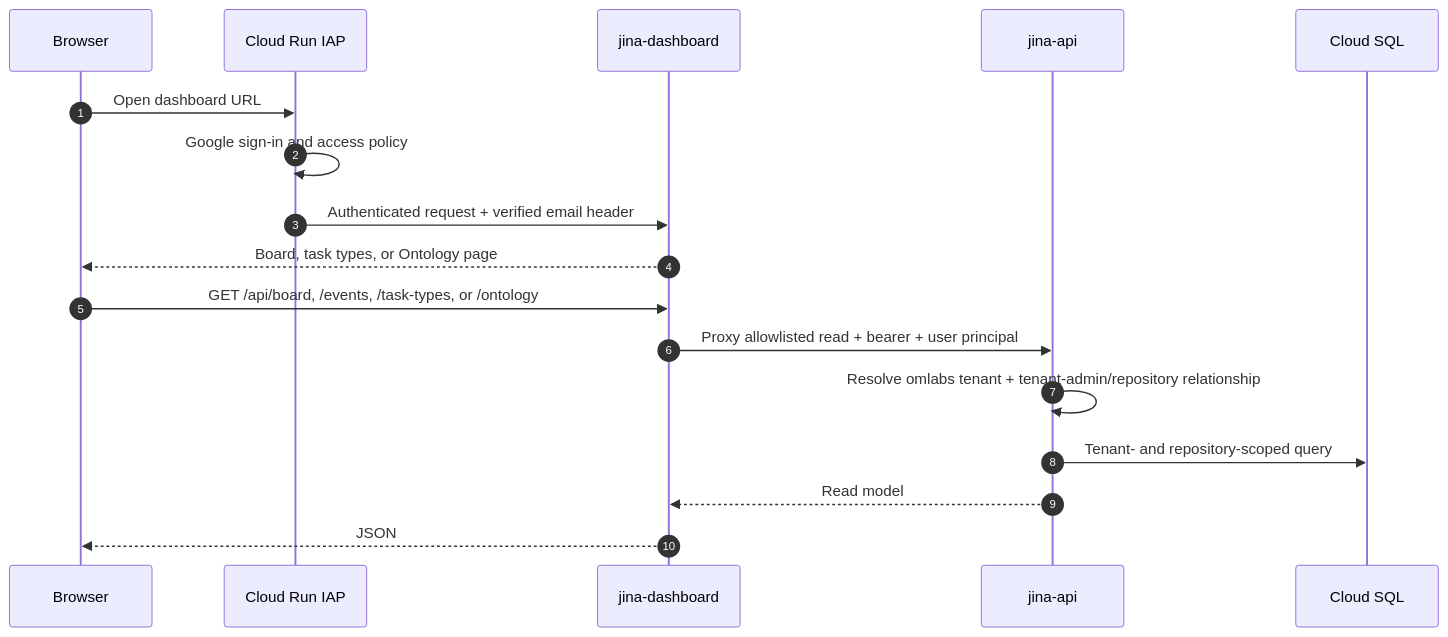
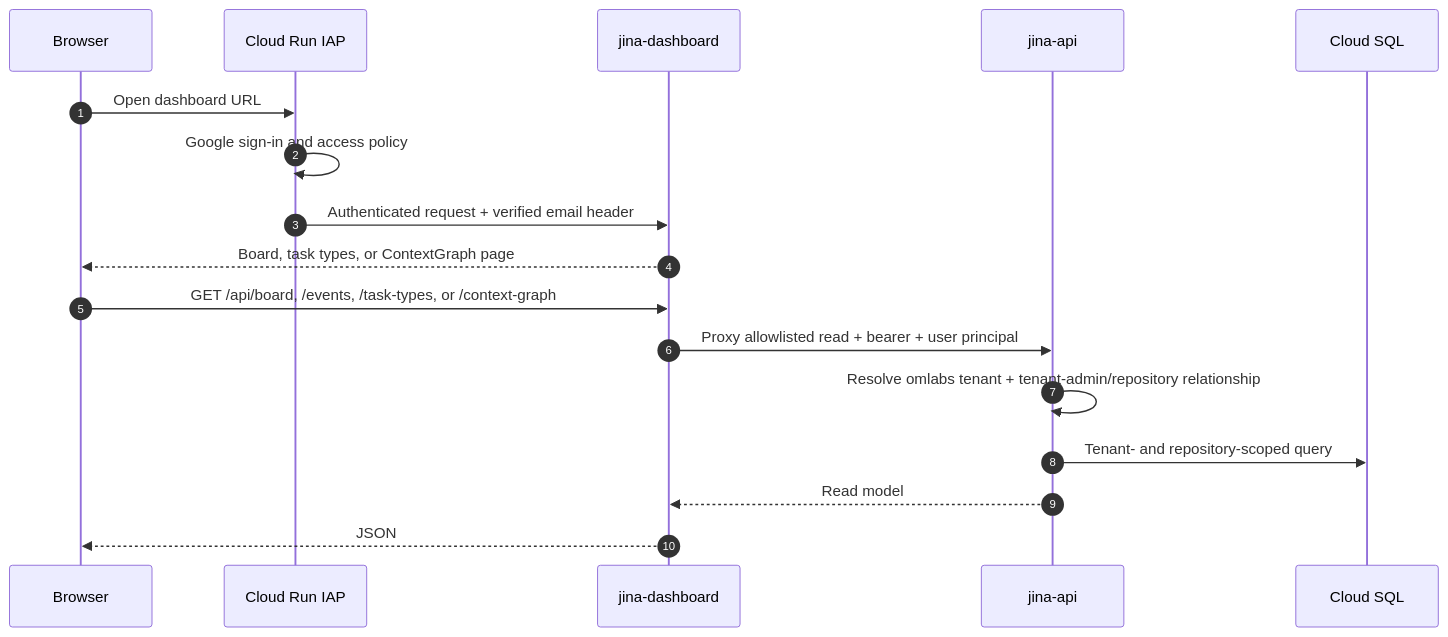
Before and after one commit to keon/jina-context-wiki-e2e-20260808: the sixth of 6 diagrams in docs/SEQUENCE_DIAGRAM.md, drawn with Mermaid. The commit also changed other lines of this file and 72 other files, not shown here.

First line of the commit message:
Rename repository graph to context graph (#53)

````diff
--- a/docs/SEQUENCE_DIAGRAM.md
+++ b/docs/SEQUENCE_DIAGRAM.md
@@ -188,20 +188,20 @@
 ```mermaid
 sequenceDiagram
     autonumber
     participant Browser
     participant IAP as Cloud Run IAP
     participant Dashboard as jina-dashboard
     participant API as jina-api
     participant DB as Cloud SQL
 
     Browser->>IAP: Open dashboard URL
     IAP->>IAP: Google sign-in and access policy
     IAP->>Dashboard: Authenticated request + verified email header
-    Dashboard-->>Browser: Board, task types, or Ontology page
-    Browser->>Dashboard: GET /api/board, /events, /task-types, or /ontology
+    Dashboard-->>Browser: Board, task types, or ContextGraph page
+    Browser->>Dashboard: GET /api/board, /events, /task-types, or /context-graph
     Dashboard->>API: Proxy allowlisted read + bearer + user principal
     API->>API: Resolve omlabs tenant + tenant-admin/repository relationship
     API->>DB: Tenant- and repository-scoped query
     API-->>Dashboard: Read model
     Dashboard-->>Browser: JSON
 ```
````
